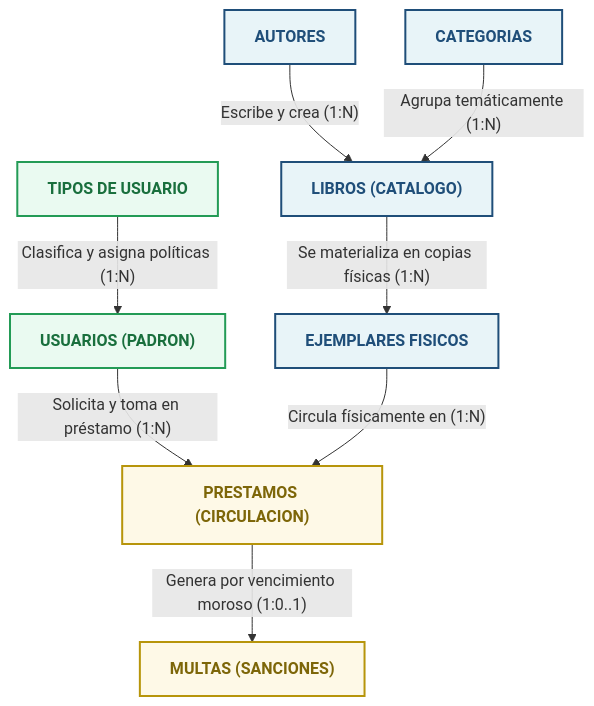
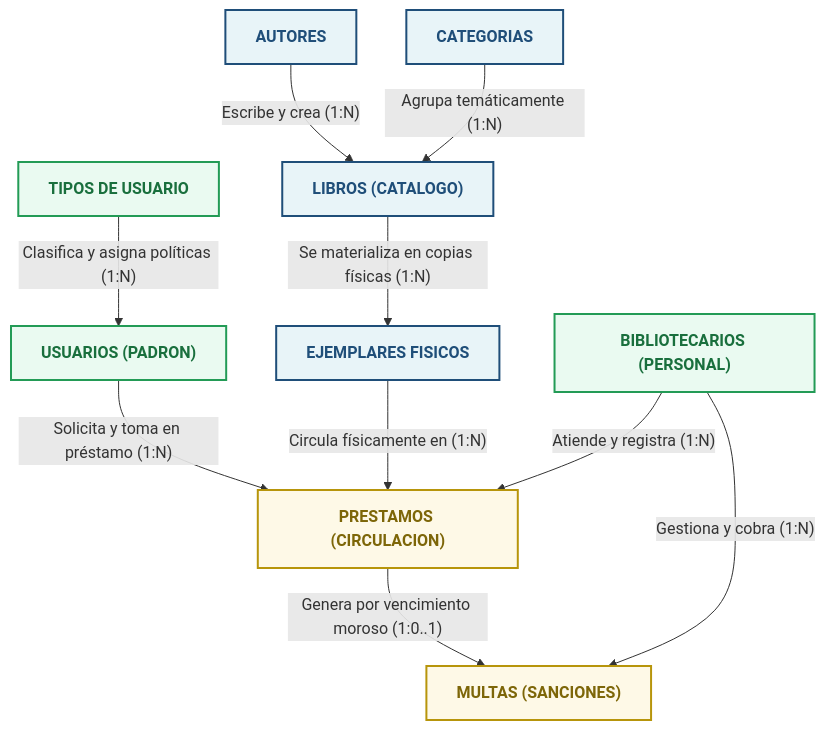
The first of 2 diagrams in docs/04-diagrama-entidad-relacion.md (Daniel-Noyola/UNITEC-MBD-ProyectoFinal), drawn with Mermaid before and after one commit. The commit also changed other lines of this file and 5 other files, not shown here.

````diff
--- a/docs/04-diagrama-entidad-relacion.md
+++ b/docs/04-diagrama-entidad-relacion.md
@@ -87,26 +39,29 @@
 ```mermaid
 flowchart TD
     %% Estilos de Nodos
     classDef catalogo fill:#e8f4f8,stroke:#1F4E79,stroke-width:2px,color:#1F4E79,font-weight:bold;
     classDef usuarios fill:#eafaf1,stroke:#239b56,stroke-width:2px,color:#196f3d,font-weight:bold;
     classDef transaccional fill:#fef9e7,stroke:#b7950b,stroke-width:2px,color:#7d6608,font-weight:bold;
 
     %% Entidades
     TIPOS_USUARIO["TIPOS DE USUARIO"]:::usuarios
     USUARIOS["USUARIOS (PADRON)"]:::usuarios
+    BIBLIOTECARIOS["BIBLIOTECARIOS (PERSONAL)"]:::usuarios
     AUTORES["AUTORES"]:::catalogo
     CATEGORIAS["CATEGORIAS"]:::catalogo
     LIBROS["LIBROS (CATALOGO)"]:::catalogo
     EJEMPLARES["EJEMPLARES FISICOS"]:::catalogo
     PRESTAMOS["PRESTAMOS (CIRCULACION)"]:::transaccional
     MULTAS["MULTAS (SANCIONES)"]:::transaccional
 
     %% Relaciones Semánticas
     TIPOS_USUARIO -->|"Clasifica y asigna políticas (1:N)"| USUARIOS
     AUTORES -->|"Escribe y crea (1:N)"| LIBROS
     CATEGORIAS -->|"Agrupa temáticamente (1:N)"| LIBROS
     LIBROS -->|"Se materializa en copias físicas (1:N)"| EJEMPLARES
     USUARIOS -->|"Solicita y toma en préstamo (1:N)"| PRESTAMOS
     EJEMPLARES -->|"Circula físicamente en (1:N)"| PRESTAMOS
+    BIBLIOTECARIOS -->|"Atiende y registra (1:N)"| PRESTAMOS
     PRESTAMOS -->|"Genera por vencimiento moroso (1:0..1)"| MULTAS
+    BIBLIOTECARIOS -->|"Gestiona y cobra (1:N)"| MULTAS
 ```
````
